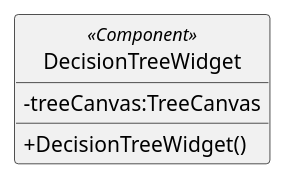
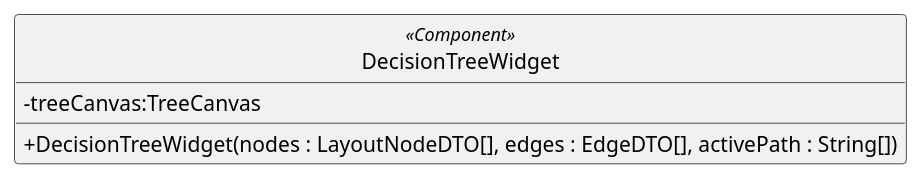
Before and after one commit to GroupRubberDuck/Documentazione: the diagram in src/PB/DocumentazioneEsterna/Specifica_Tecnica/content/05-diagrammi-classi/uml/puml/Frontend/decision-tree/components/DecisionTreeWidget.puml, drawn with PlantUML. The commit also changed 70 other files, not shown here.

Commit message:
aggiornata specifica tecnica frontend-decision tree

```diff
--- a/src/PB/DocumentazioneEsterna/Specifica_Tecnica/content/05-diagrammi-classi/uml/puml/Frontend/decision-tree/components/DecisionTreeWidget.puml
+++ b/src/PB/DocumentazioneEsterna/Specifica_Tecnica/content/05-diagrammi-classi/uml/puml/Frontend/decision-tree/components/DecisionTreeWidget.puml
@@ -1,14 +1,14 @@
 @startuml
 skinparam linetype ortho
 skinparam nodesep 80
 skinparam ranksep 100
 skinparam classAttributeIconSize 0
 skinparam packageStyle rectangle
 skinparam style strictuml
 
 
 class DecisionTreeWidget <<Component>> {
         - treeCanvas:TreeCanvas
-        + DecisionTreeWidget()
+        + DecisionTreeWidget(nodes : LayoutNodeDTO[], edges : EdgeDTO[], activePath : String[])
 }
 @enduml
```
